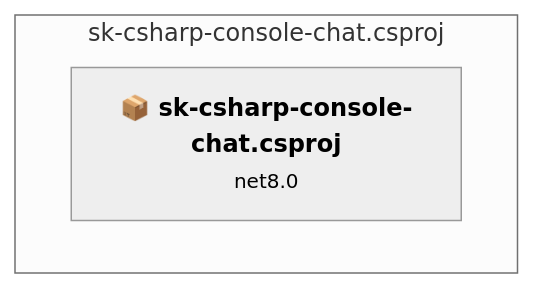
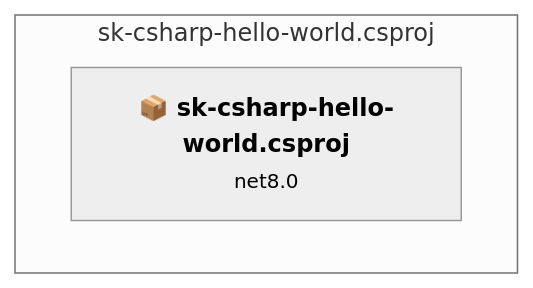
One commit to NatYou345/semantic-kernel-starters changed the second of 2 diagrams in .github/upgrades/scenarios/dotnet-version-upgrade/assessment.md. Above: the diagram before and after it, drawn with Mermaid (neutral theme). The commit also changed other lines of this file and 9 other files, not shown here.

Commit message:
upgrade: Upgrade sk-csharp-hello-world from net8.0 to net10.0

````diff
--- a/.github/upgrades/scenarios/dotnet-version-upgrade/assessment.md
+++ b/.github/upgrades/scenarios/dotnet-version-upgrade/assessment.md
@@ -121,8 +122,8 @@
 ```mermaid
 flowchart TB
-    subgraph current["sk-csharp-console-chat.csproj"]
-        MAIN["<b>📦&nbsp;sk-csharp-console-chat.csproj</b><br/><small>net8.0</small>"]
-        click MAIN "#sk-csharp-console-chatcsproj"
+    subgraph current["sk-csharp-hello-world.csproj"]
+        MAIN["<b>📦&nbsp;sk-csharp-hello-world.csproj</b><br/><small>net8.0</small>"]
+        click MAIN "#sk-csharp-hello-worldcsproj"
     end
 
 ```
````
